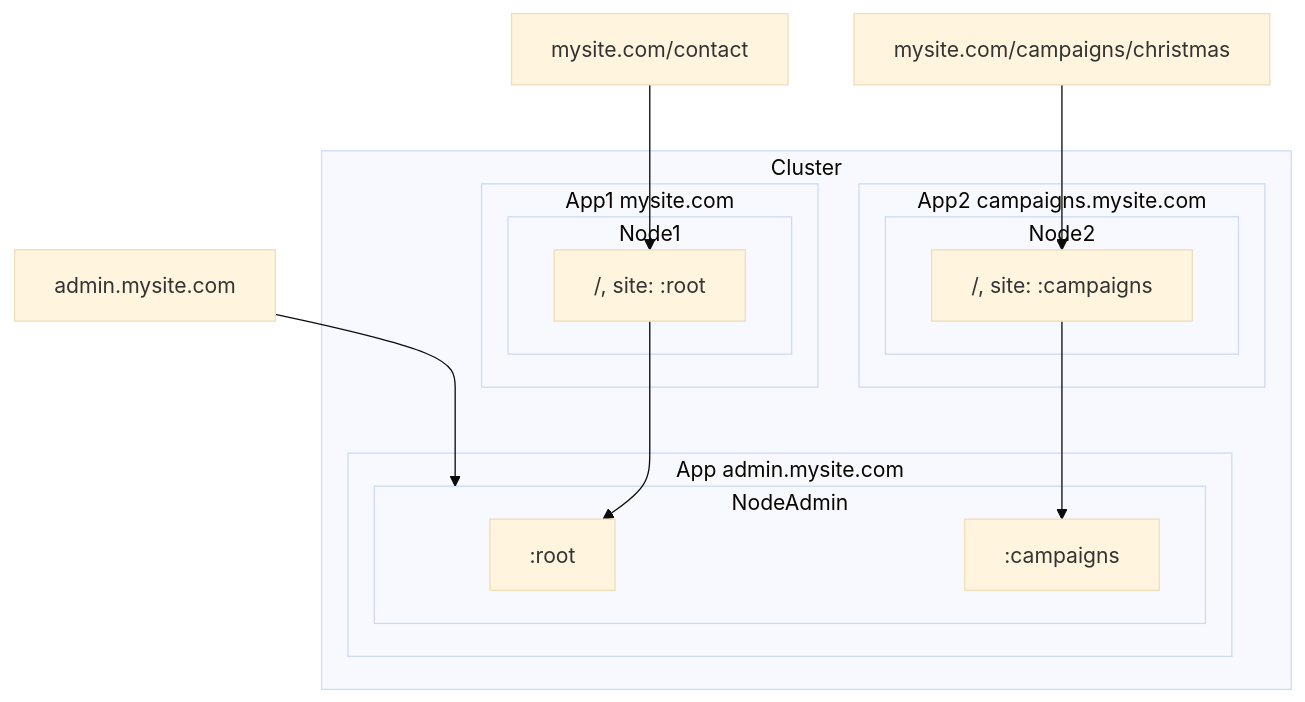
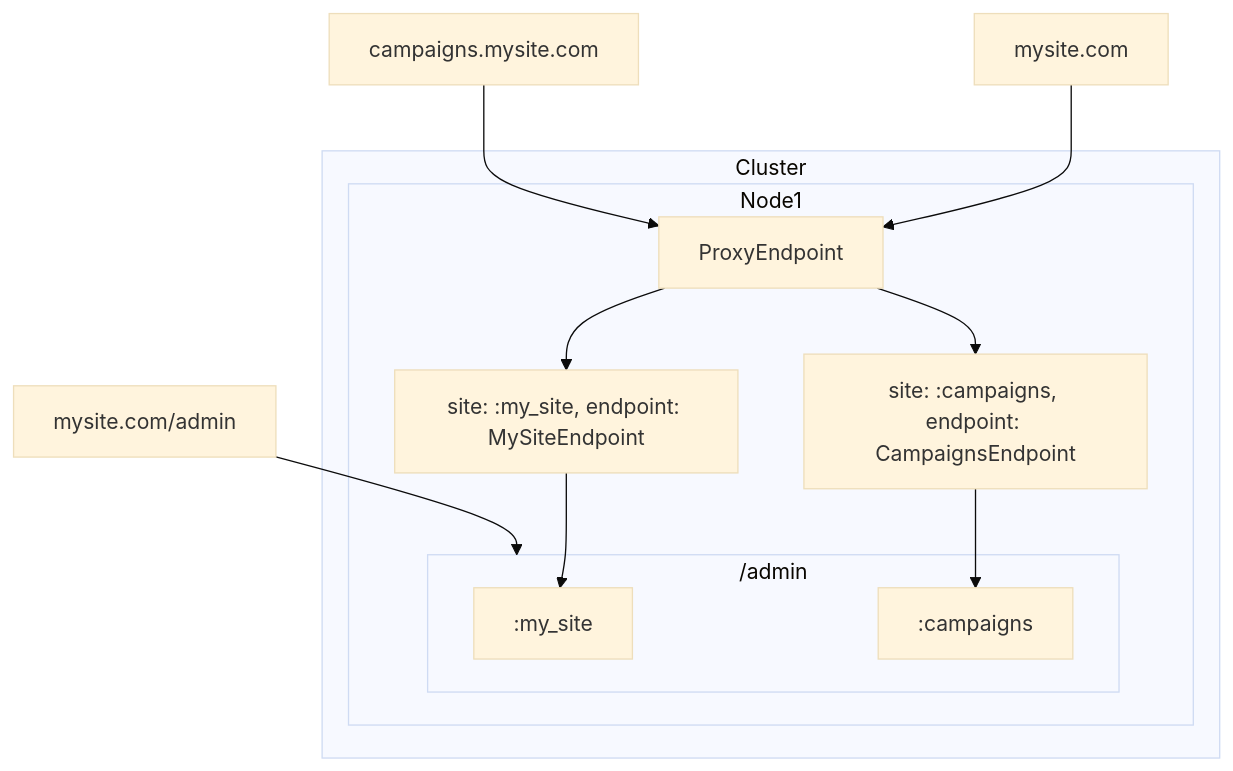
One commit to BeaconCMS/beacon changed the sixth of 6 diagrams in guides/deployment/deployment-topologies.md. Above: the diagram before and after it, drawn with Mermaid (base theme). The commit also changed other lines of this file, not shown here.

````diff
--- a/guides/deployment/deployment-topologies.md
+++ b/guides/deployment/deployment-topologies.md
@@ -377,30 +297,24 @@
 ```mermaid
 flowchart TD
     subgraph Node1["Node1"]
-        n1_site["/, site: :root"]
-    end
-    subgraph Node2["Node2"]
-        n2_site["/, site: :campaigns"]
-    end
-    subgraph Admin["NodeAdmin"]
-        admin_site_a[":root"]
-        admin_site_b[":campaigns"]
+        proxy["ProxyEndpoint"]
+        site_a["site: :my_site, endpoint: MySiteEndpoint"]
+        site_b["site: :campaigns, endpoint: CampaignsEndpoint"]
+        subgraph Admin["/admin"]
+          admin_site_a[":my_site"]
+          admin_site_b[":campaigns"]
+        end
     end
     subgraph Cluster["Cluster"]
-      subgraph App1["App1 mysite.com"]
-          Node1
-      end
-      subgraph App2["App2 campaigns.mysite.com"]
-          Node2
-      end
-      subgraph AppAdmin["App admin.mysite.com"]
-          Admin
-      end
+        Node1
+        Admin
     end
 
-    n1_site --> admin_site_a
-    n2_site --> admin_site_b
-    r1["mysite.com/campaigns/christmas"] --> n2_site
-    r2["mysite.com/contact"] --> n1_site
-    r3["admin.mysite.com"] --> Admin
+    site_a --> admin_site_a
+    site_b --> admin_site_b
+    r1["mysite.com"] --> proxy
+    r2["campaigns.mysite.com"] --> proxy
+    proxy --> site_a
+    proxy --> site_b
+    r3["mysite.com/admin"] --> Admin
 ```
````
